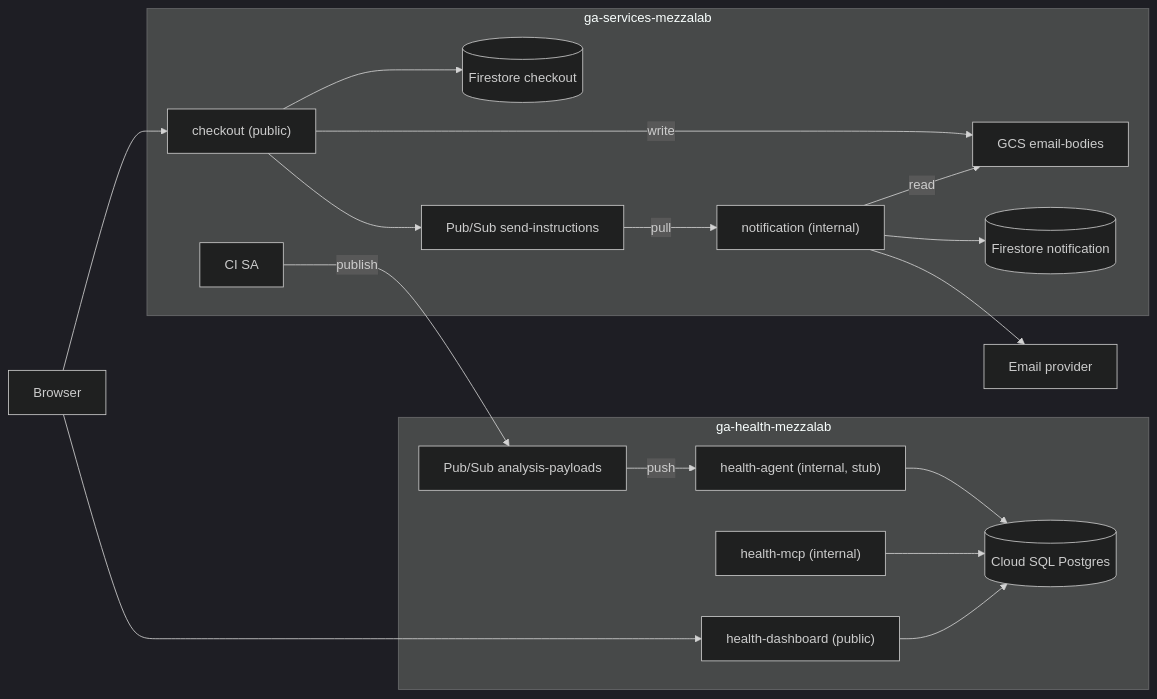
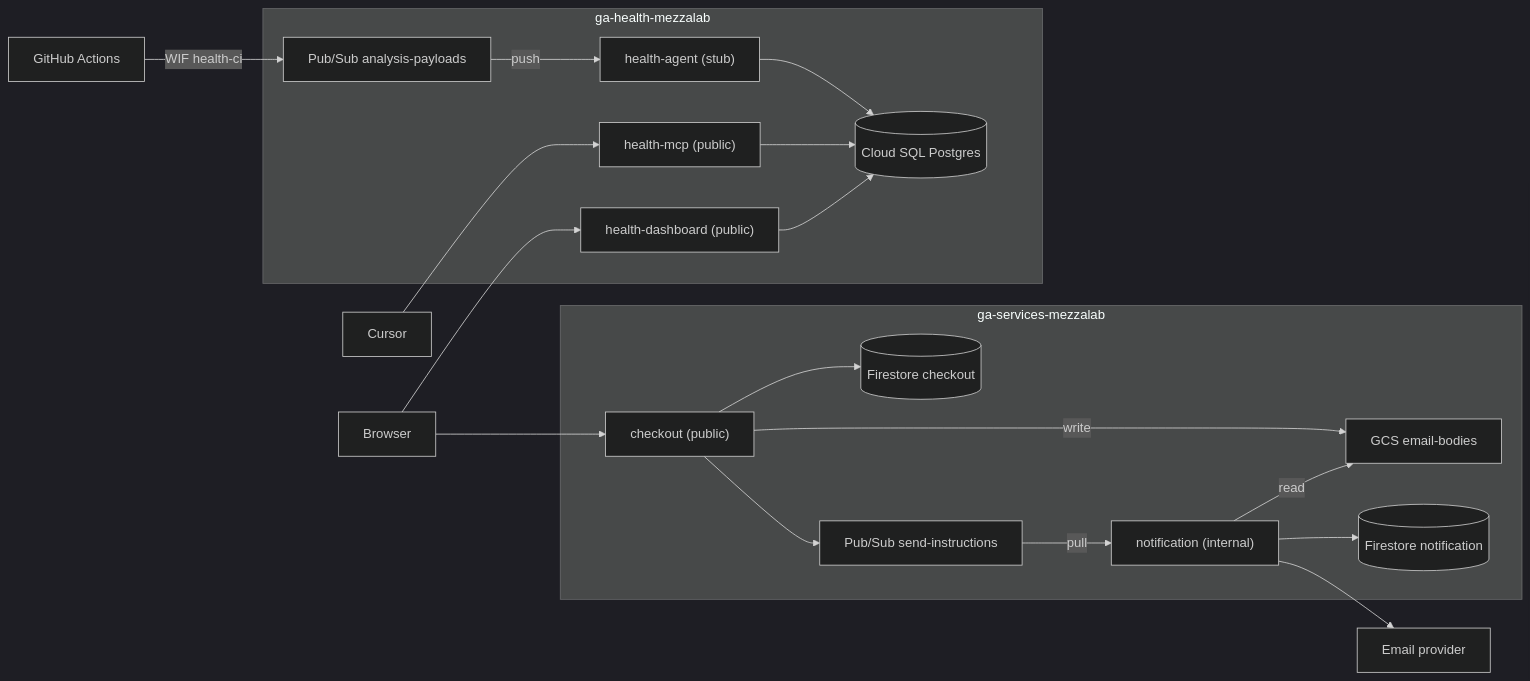
The diagram in README.md (lucamezzalira/gcp-agents-architecture), drawn with Mermaid (dark theme) before and after one commit. The commit also changed other lines of this file and 6 other files, not shown here.

First line of the commit message:
Wire GitHub Actions to the health topic so scored runs come from CI.

````diff
--- a/README.md
+++ b/README.md
@@ -20,38 +21,41 @@
 ```mermaid
 flowchart LR
+  cursor[Cursor]
   browser[Browser]
   email[Email provider]
 
   subgraph svc["ga-services-mezzalab"]
     checkout["checkout (public)"]
     send["Pub/Sub send-instructions"]
     gcs["GCS email-bodies"]
     fsC[("Firestore checkout")]
     notif["notification (internal)"]
     fsN[("Firestore notification")]
-    ciSA["CI SA"]
   end
 
   subgraph hlth["ga-health-mezzalab"]
     dash["health-dashboard (public)"]
-    mcp["health-mcp (internal)"]
+    mcp["health-mcp (public)"]
     analysis["Pub/Sub analysis-payloads"]
-    agent["health-agent (internal, stub)"]
+    agent["health-agent (stub)"]
     sql[("Cloud SQL Postgres")]
   end
 
+  gha[GitHub Actions]
+
   browser --> checkout
   browser --> dash
+  cursor --> mcp
   checkout --> fsC
   checkout -->|write| gcs
   checkout --> send
   send -->|pull| notif
   notif -->|read| gcs
   notif --> fsN
   notif --> email
   dash --> sql
   mcp --> sql
-  ciSA -->|publish| analysis
+  gha -->|WIF health-ci| analysis
   analysis -->|push| agent
   agent --> sql
 ```
````
